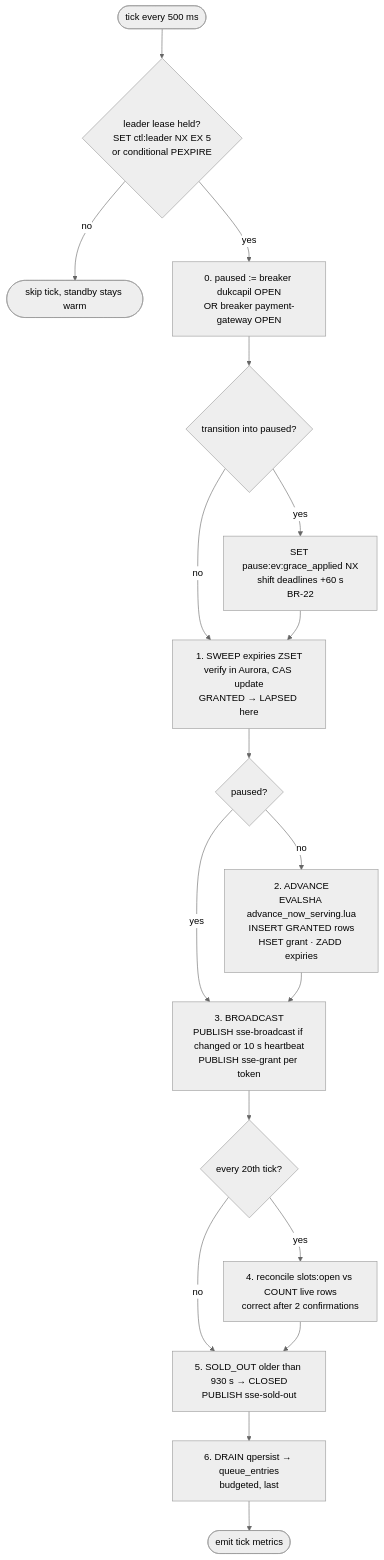
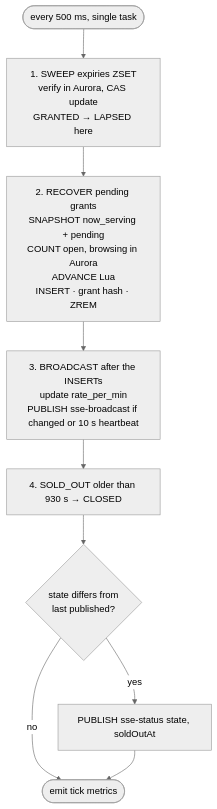
Before and after one commit to PTServerJanganTumbang-BookingTicket/be-rusuh-war-ticketing: the first of 4 diagrams in docs/04-queue/05-admission-controller.md, drawn with Mermaid (neutral theme). The commit also changed other lines of this file and 19 other files, not shown here.

````diff
--- a/docs/04-queue/05-admission-controller.md
+++ b/docs/04-queue/05-admission-controller.md
@@ -24,20 +25,11 @@
 ```mermaid
 flowchart TD
-    T([tick every 500 ms]) --> L{leader lease held?<br/>SET ctl:leader NX EX 5<br/>or conditional PEXPIRE}
-    L -->|no| Z([skip tick, standby stays warm])
-    L -->|yes| P[0. paused := breaker dukcapil OPEN<br/>OR breaker payment-gateway OPEN]
-    P --> PG{transition into paused?}
-    PG -->|yes| G[SET pause:ev:grace_applied NX<br/>shift deadlines +60 s<br/>BR-22]
-    PG -->|no| S
-    G --> S[1. SWEEP expiries ZSET<br/>verify in Aurora, CAS update<br/>GRANTED → LAPSED here]
-    S --> A{paused?}
-    A -->|yes| B
-    A -->|no| ADV[2. ADVANCE<br/>EVALSHA advance_now_serving.lua<br/>INSERT GRANTED rows<br/>HSET grant · ZADD expiries]
-    ADV --> B[3. BROADCAST<br/>PUBLISH sse-broadcast if changed or 10 s heartbeat<br/>PUBLISH sse-grant per token]
-    B --> RC{every 20th tick?}
-    RC -->|yes| RCN[4. reconcile slots:open vs COUNT live rows<br/>correct after 2 confirmations]
-    RC -->|no| SO
-    RCN --> SO[5. SOLD_OUT older than 930 s → CLOSED<br/>PUBLISH sse-sold-out]
-    SO --> D[6. DRAIN qpersist → queue_entries<br/>budgeted, last]
-    D --> M([emit tick metrics])
+    T([every 500 ms, single task]) --> S[1. SWEEP expiries ZSET<br/>verify in Aurora, CAS update<br/>GRANTED → LAPSED here]
+    S --> ADV[2. RECOVER pending grants<br/>SNAPSHOT now_serving + pending<br/>COUNT open, browsing in Aurora<br/>ADVANCE Lua<br/>INSERT · grant hash · ZREM]
+    ADV --> B[3. BROADCAST after the INSERTs<br/>update rate_per_min<br/>PUBLISH sse-broadcast if changed or 10 s heartbeat]
+    B --> SO[4. SOLD_OUT older than 930 s → CLOSED]
+    SO --> ST{state differs from<br/>last published?}
+    ST -->|yes| PS[PUBLISH sse-status state, soldOutAt]
+    ST -->|no| M
+    PS --> M([emit tick metrics])
 ```
````
